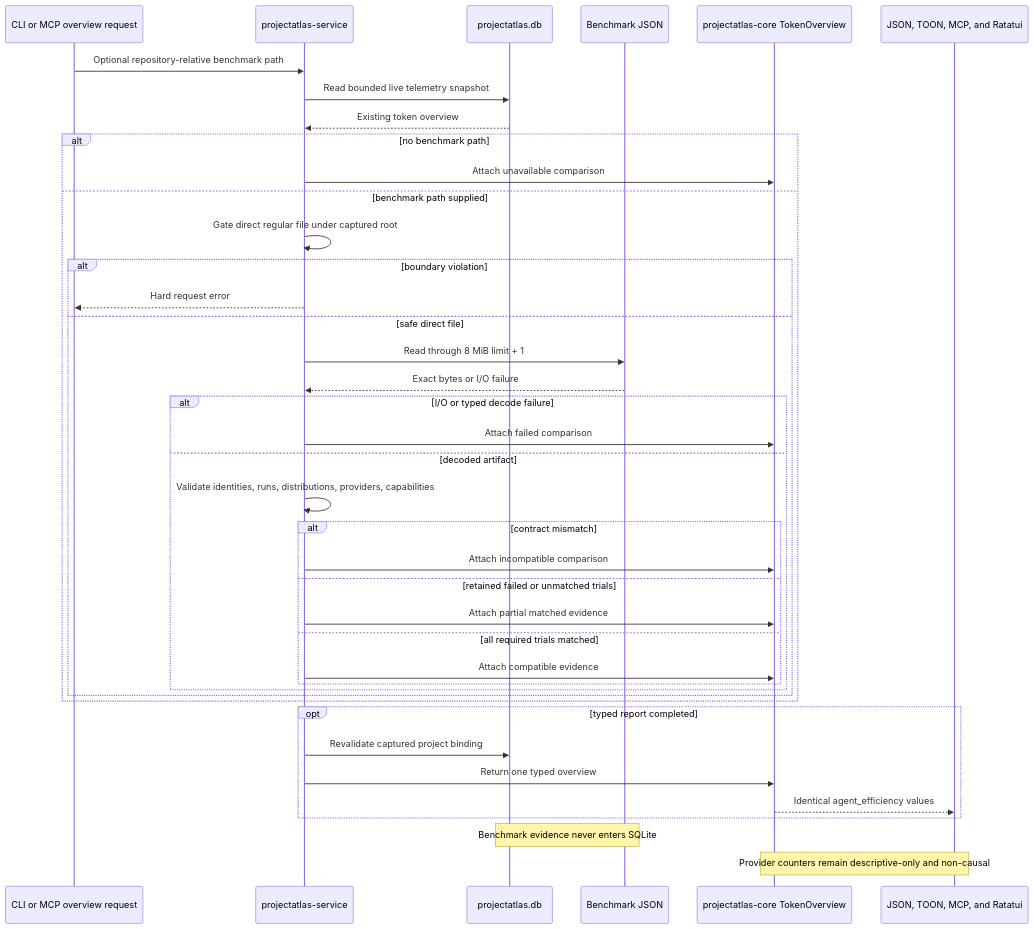
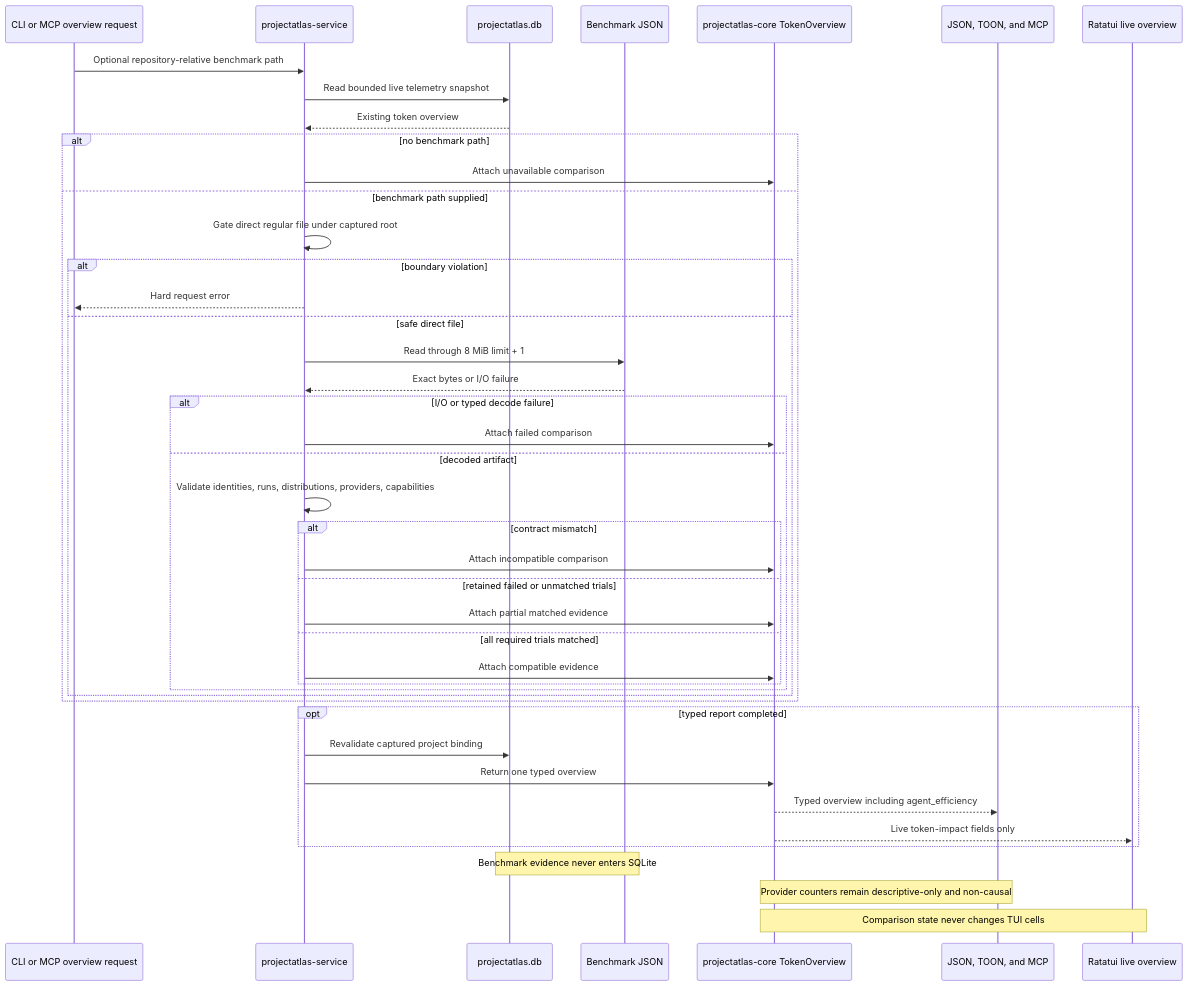
Diagram 28 of 28 in docs/projectatlas-3-architecture.md (styler-ai/ProjectAtlas), drawn with Mermaid before and after one commit. The commit also changed other lines of this file and 14 other files, not shown here.

Commit message:
fix(cli): focus token overview on live impact (#311)

````diff
--- a/docs/projectatlas-3-architecture.md
+++ b/docs/projectatlas-3-architecture.md
@@ -2483,43 +2483,46 @@
 ```mermaid
 sequenceDiagram
     participant Request as CLI or MCP overview request
     participant Service as projectatlas-service
     participant DB as projectatlas.db
     participant Artifact as Benchmark JSON
     participant Report as projectatlas-core TokenOverview
-    participant Adapters as JSON, TOON, MCP, and Ratatui
+    participant Structured as JSON, TOON, and MCP
+    participant TUI as Ratatui live overview
 
     Request->>Service: Optional repository-relative benchmark path
     Service->>DB: Read bounded live telemetry snapshot
     DB-->>Service: Existing token overview
     alt no benchmark path
         Service->>Report: Attach unavailable comparison
     else benchmark path supplied
         Service->>Service: Gate direct regular file under captured root
         alt boundary violation
             Service-->>Request: Hard request error
         else safe direct file
             Service->>Artifact: Read through 8 MiB limit + 1
             Artifact-->>Service: Exact bytes or I/O failure
             alt I/O or typed decode failure
                 Service->>Report: Attach failed comparison
             else decoded artifact
                 Service->>Service: Validate identities, runs, distributions, providers, capabilities
                 alt contract mismatch
                     Service->>Report: Attach incompatible comparison
                 else retained failed or unmatched trials
                     Service->>Report: Attach partial matched evidence
                 else all required trials matched
                     Service->>Report: Attach compatible evidence
                 end
             end
         end
     end
     opt typed report completed
         Service->>DB: Revalidate captured project binding
         Service->>Report: Return one typed overview
-        Report-->>Adapters: Identical agent_efficiency values
+        Report-->>Structured: Typed overview including agent_efficiency
+        Report-->>TUI: Live token-impact fields only
     end
     Note over Artifact,DB: Benchmark evidence never enters SQLite
-    Note over Report,Adapters: Provider counters remain descriptive-only and non-causal
+    Note over Report,Structured: Provider counters remain descriptive-only and non-causal
+    Note over Report,TUI: Comparison state never changes TUI cells
 ```
````
